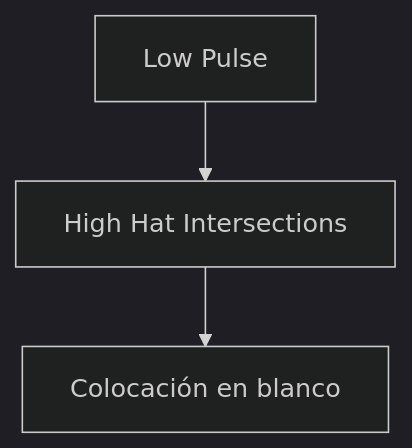
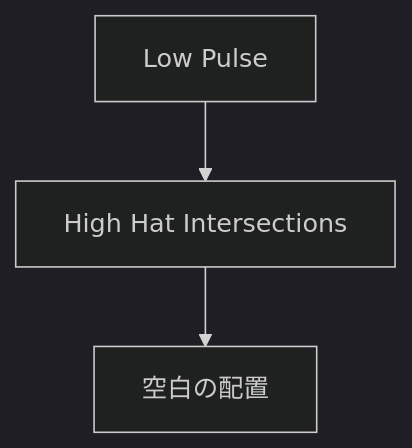
The third of 7 diagrams in es/_posts/2025-10-24-column-plastikman-richie-hawtin.md (monumental-movement/monumental-movement.github.io), drawn with Mermaid (dark theme) before and after one commit. The commit also changed other lines of this file and 299 other files, not shown here.

```diff
--- a/es/_posts/2025-10-24-column-plastikman-richie-hawtin.md
+++ b/es/_posts/2025-10-24-column-plastikman-richie-hawtin.md
@@ -216,7 +216,7 @@
 <div class="mermaid">
 
 graph TD
     A[Low Pulse] --> B[High Hat Intersections]
-    B --> C[Colocación en blanco]
+    B --> C[空白の配置]
 
 </div>
```
